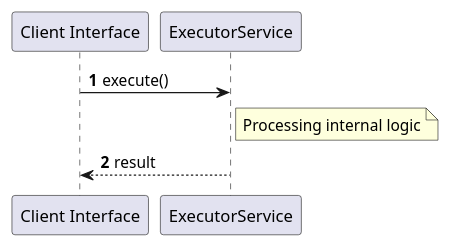
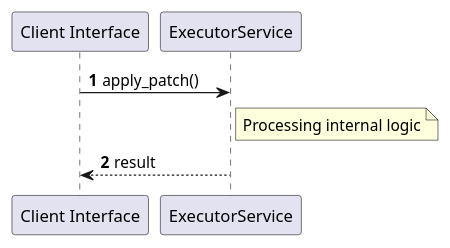
The sixth of 6 diagrams in openwiki/crates_factory_core_src_executor.md (lgcorzo/rust_CACD_autonomous_factory), drawn with PlantUML before and after one commit. The commit also changed other lines of this file and 96 other files, not shown here.

````diff
--- a/openwiki/crates_factory_core_src_executor.md
+++ b/openwiki/crates_factory_core_src_executor.md
@@ -184,11 +246,11 @@
 ```plantuml
 @startuml
 autonumber
 participant "Client Interface" as Caller
 participant "ExecutorService" as Svc
-Caller -> Svc: execute()
+Caller -> Svc: apply_patch()
 note right of Svc: Processing internal logic
 Svc --> Caller: result
 @enduml
 
 ```
````
